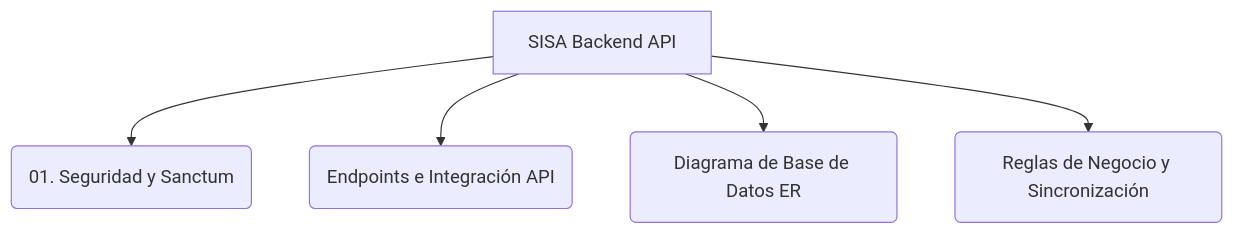
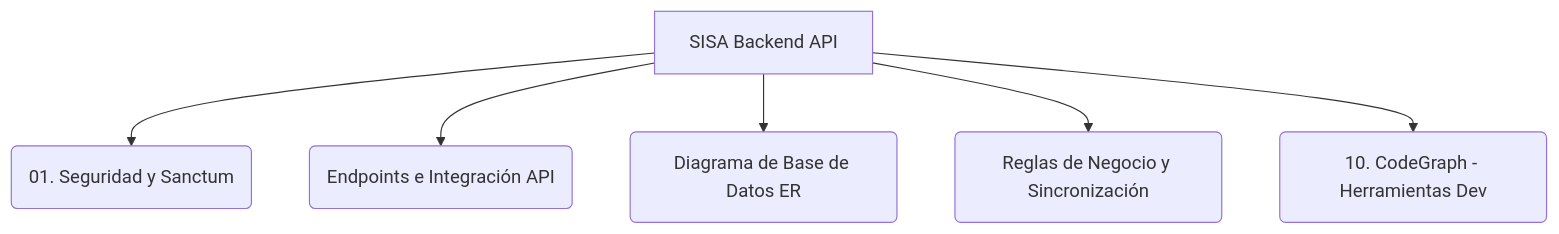
One commit to 4R13L-D3NY5/back-2file changed the diagram in README.md. Above: the diagram before and after it, drawn with Mermaid. The commit also changed other lines of this file and 17 other files, not shown here.

````diff
--- a/README.md
+++ b/README.md
@@ -14,7 +14,8 @@
 ```mermaid
 graph TD
     A[SISA Backend API] --> B(01. Seguridad y Sanctum)
     A --> C(Endpoints e Integración API)
     A --> D(Diagrama de Base de Datos ER)
     A --> E(Reglas de Negocio y Sincronización)
+    A --> F(10. CodeGraph - Herramientas Dev)
 ```
````
